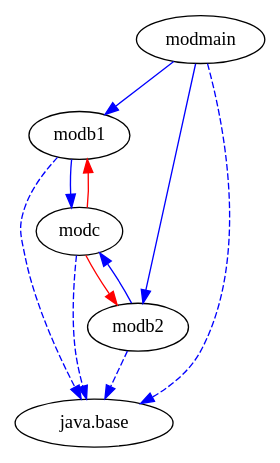
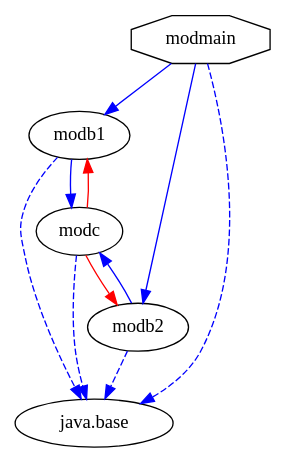
One commit to accso/java9-jigsaw-examples changed the diagram in jigsaw-examples/example_requires_exports-to/moduledependencies.dot. Above: the diagram before and after it, drawn with Graphviz. The commit also changed 150 other files, not shown here.

Commit message:
Upgraded all Jigsaw examples to latest DepVis version 0.3

```diff
--- a/jigsaw-examples/example_requires_exports-to/moduledependencies.dot
+++ b/jigsaw-examples/example_requires_exports-to/moduledependencies.dot
@@ -1,18 +1,18 @@
-# Created by depvis.JigsawDepVisualizer on Tue Oct 10 15:14:33 CEST 2017
+# Created by depvis.JigsawDepVisualizer on Tue Oct 17 12:29:42 CEST 2017
 digraph Java9_Dependency_Visualizer {
 modb1[fontname="Consolas",shape="ellipse",label="modb1"];
 modc[fontname="Consolas",shape="ellipse",label="modc"];
 java_base[fontname="Consolas",shape="ellipse",label="java.base"];
+modmain[fontname="Consolas",shape="octagon",label="modmain"];
 modb2[fontname="Consolas",shape="ellipse",label="modb2"];
-modmain[fontname="Consolas",shape="ellipse",label="modmain"];
 modb1 -> modc[color="#0000ff",fontname="Consolas",fontcolor="#0000ff",weight="8"]
 modb1 -> java_base[color="#0000ff",fontname="Consolas",fontcolor="#0000ff",style="dashed",weight="16"]
+modmain -> modb1[color="#0000ff",fontname="Consolas",fontcolor="#0000ff",weight="8"]
+modmain -> modb2[color="#0000ff",fontname="Consolas",fontcolor="#0000ff",weight="8"]
+modmain -> java_base[color="#0000ff",fontname="Consolas",fontcolor="#0000ff",style="dashed",weight="16"]
 modc -> java_base[color="#0000ff",fontname="Consolas",fontcolor="#0000ff",style="dashed",weight="16"]
 modc -> modb2[fontname="Consolas",fontcolor="#ff0000",color="#ff0000",weight="2"]
 modc -> modb1[fontname="Consolas",fontcolor="#ff0000",color="#ff0000",weight="2"]
 modb2 -> modc[color="#0000ff",fontname="Consolas",fontcolor="#0000ff",weight="8"]
 modb2 -> java_base[color="#0000ff",fontname="Consolas",fontcolor="#0000ff",style="dashed",weight="16"]
-modmain -> modb1[color="#0000ff",fontname="Consolas",fontcolor="#0000ff",weight="8"]
-modmain -> modb2[color="#0000ff",fontname="Consolas",fontcolor="#0000ff",weight="8"]
-modmain -> java_base[color="#0000ff",fontname="Consolas",fontcolor="#0000ff",style="dashed",weight="16"]
 }
```
